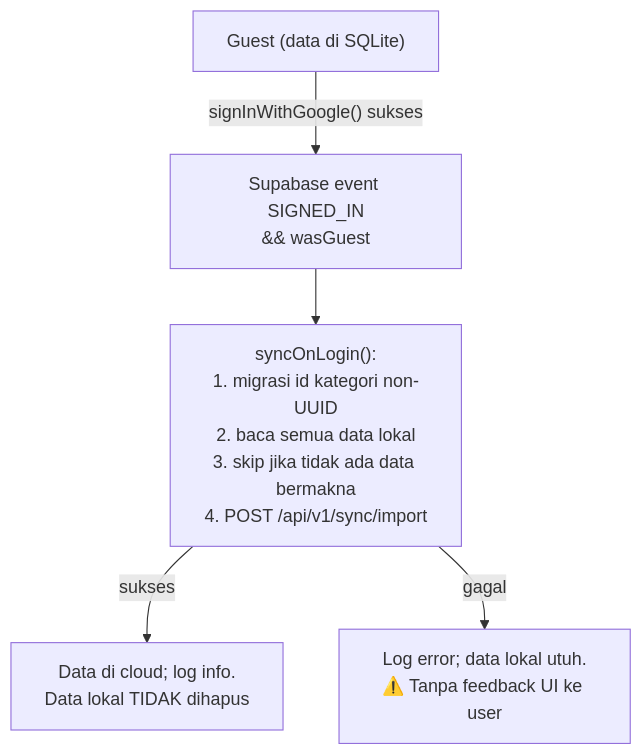
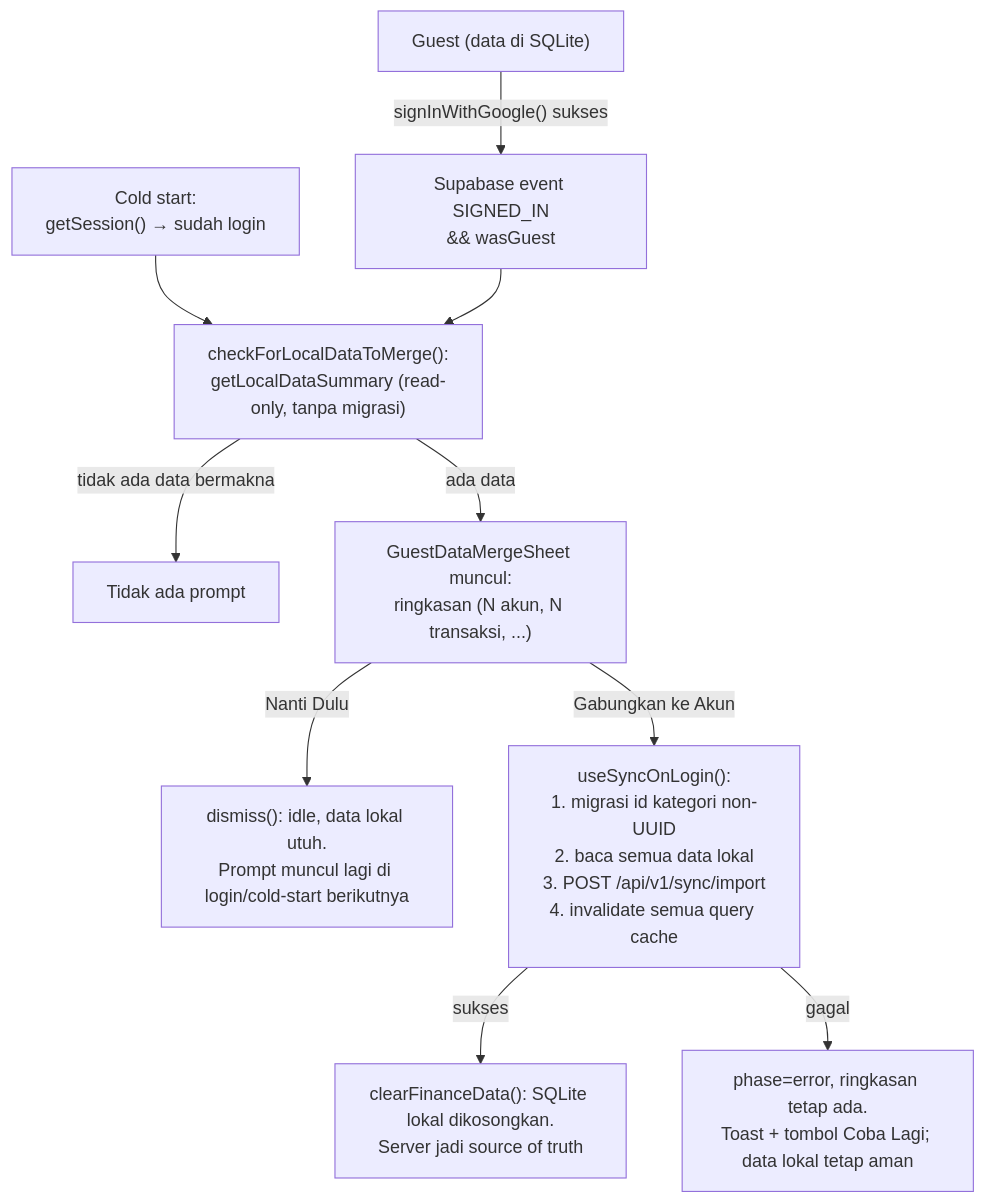
The fourth of 9 diagrams in docs/USER_FLOWS.md (JaceJS/personal-assistant), drawn with Mermaid before and after one commit. The commit also changed other lines of this file and 19 other files, not shown here.

First line of the commit message:
feat(sync): ask before merging guest data into account

````diff
--- a/docs/USER_FLOWS.md
+++ b/docs/USER_FLOWS.md
@@ -176,7 +176,12 @@
 ```mermaid
 flowchart TD
     G["Guest (data di SQLite)"] -- "signInWithGoogle() sukses" --> SI["Supabase event SIGNED_IN<br/>&& wasGuest"]
-    SI --> SYNC["syncOnLogin():<br/>1. migrasi id kategori non-UUID<br/>2. baca semua data lokal<br/>3. skip jika tidak ada data bermakna<br/>4. POST /api/v1/sync/import"]
-    SYNC -- sukses --> OK["Data di cloud; log info.<br/>Data lokal TIDAK dihapus"]
-    SYNC -- gagal --> KEEP["Log error; data lokal utuh.<br/>⚠️ Tanpa feedback UI ke user"]
+    C["Cold start:<br/>getSession() → sudah login"] --> CHK
+    SI --> CHK["checkForLocalDataToMerge():<br/>getLocalDataSummary (read-only, tanpa migrasi)"]
+    CHK -- "tidak ada data bermakna" --> SKIP["Tidak ada prompt"]
+    CHK -- "ada data" --> PROMPT["GuestDataMergeSheet muncul:<br/>ringkasan (N akun, N transaksi, ...)"]
+    PROMPT -- "Nanti Dulu" --> DEFER["dismiss(): idle, data lokal utuh.<br/>Prompt muncul lagi di login/cold-start berikutnya"]
+    PROMPT -- "Gabungkan ke Akun" --> SYNC["useSyncOnLogin():<br/>1. migrasi id kategori non-UUID<br/>2. baca semua data lokal<br/>3. POST /api/v1/sync/import<br/>4. invalidate semua query cache"]
+    SYNC -- sukses --> OK["clearFinanceData(): SQLite lokal dikosongkan.<br/>Server jadi source of truth"]
+    SYNC -- gagal --> ERR["phase=error, ringkasan tetap ada.<br/>Toast + tombol Coba Lagi; data lokal tetap aman"]
 ```
````
